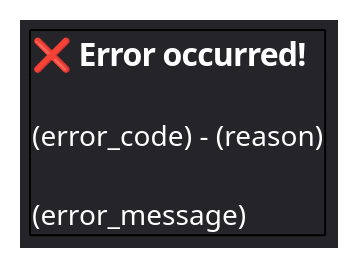
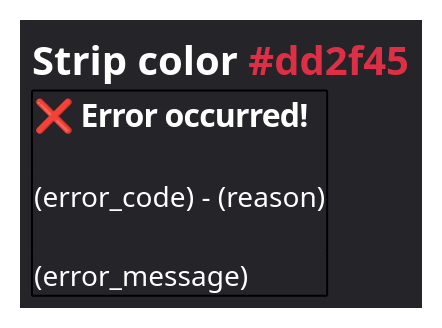
The diagram in bot-ui/exception/exception.puml (vnmc-ecosystem/vnmc-designs), drawn with PlantUML before and after one commit. The commit also changed 11 other files, not shown here.

```diff
--- a/bot-ui/exception/exception.puml
+++ b/bot-ui/exception/exception.puml
@@ -1,14 +1,17 @@
 @startsalt exception
 	<style>
 		saltDiagram {
 			BackgroundColor #242429
 		}
 	</style>
-	{+
-		<b><color:#ffffff><size:16>❌ Error occurred!
-		.
-		<color:#ffffff><size:14>(error_code) - (reason)
-		.
-		<color:#ffffff><size:14>(error_message)
+	{
+		= <color:#ffffff>Strip color <color:#dd2f45><size:16>#dd2f45
+		{+
+			<b><color:#ffffff><size:16>❌ Error occurred!
+			.
+			<color:#ffffff><size:14>(error_code) - (reason)
+			.
+			<color:#ffffff><size:14>(error_message)
+		}
 	}
 @endsalt
```
